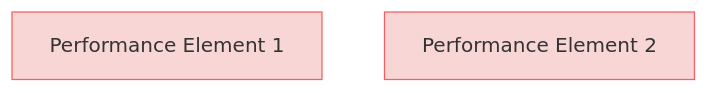
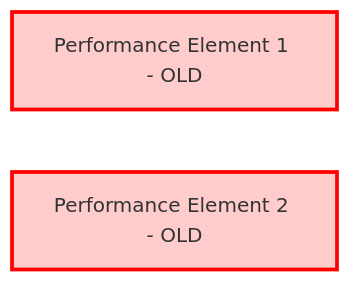
Before and after one commit to reqvire-org/reqvire: the second of 2 diagrams in tests/test-diagram-generation/specifications/UserRequirements.md, drawn with Mermaid. The commit also changed other lines of this file and 59 other files, not shown here.

````diff
--- a/tests/test-diagram-generation/specifications/UserRequirements.md
+++ b/tests/test-diagram-generation/specifications/UserRequirements.md
@@ -47,15 +48,16 @@
 ```mermaid
-graph TD;
-  %% Graph styling
-  classDef requirement fill:#f9d6d6,stroke:#f55f5f,stroke-width:1px;
-  classDef verification fill:#d6f9d6,stroke:#5fd75f,stroke-width:1px;
-  classDef externalLink fill:#d0e0ff,stroke:#3080ff,stroke-width:1px;
-  classDef default fill:#f5f5f5,stroke:#333333,stroke-width:1px;
+  %% REQVIRE-AUTOGENERATED-DIAGRAM
+graph LR;
+  %% Graph styling - MODIFIED FOR TEST
+  classDef requirement fill:#ffcccc,stroke:#ff0000,stroke-width:3px;
+  classDef verification fill:#ccffcc,stroke:#00ff00,stroke-width:3px;
+  classDef externalLink fill:#ccccff,stroke:#0000ff,stroke-width:3px;
+  classDef default fill:#eeeeee,stroke:#666666,stroke-width:2px;
 
-  8c5d893e6f["Performance Element 1"];
+  8c5d893e6f["Performance Element 1 - OLD"];
   click 8c5d893e6f "UserRequirements.md#performance-element-1";
   class 8c5d893e6f requirement;
-  80d3ce63e4["Performance Element 2"];
+  80d3ce63e4["Performance Element 2 - OLD"];
   click 80d3ce63e4 "UserRequirements.md#performance-element-2";
   class 80d3ce63e4 requirement;
 ```
````
